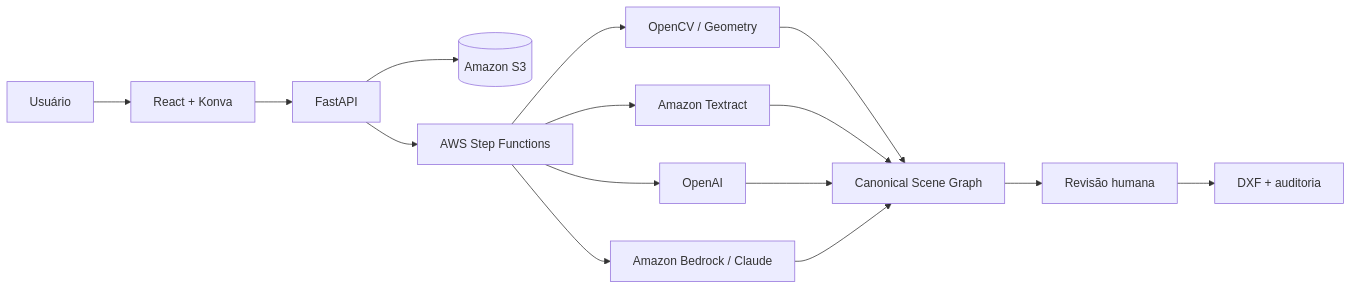
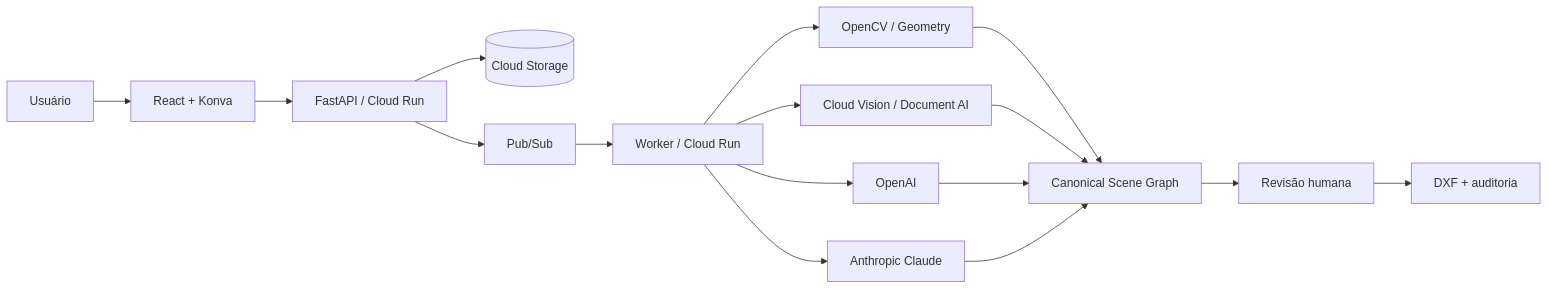
The diagram in README.md (biahflow/croquito), drawn with Mermaid before and after one commit. The commit also changed other lines of this file and 3 other files, not shown here.

````diff
--- a/README.md
+++ b/README.md
@@ -31,14 +32,15 @@
 ```mermaid
 flowchart LR
     U[Usuário] --> W[React + Konva]
-    W --> A[FastAPI]
-    A --> S3[(Amazon S3)]
-    A --> SF[AWS Step Functions]
-    SF --> CV[OpenCV / Geometry]
-    SF --> TX[Amazon Textract]
-    SF --> OA[OpenAI]
-    SF --> BR[Amazon Bedrock / Claude]
-    CV & TX & OA & BR --> SG[Canonical Scene Graph]
+    W --> A[FastAPI / Cloud Run]
+    A --> GCS[(Cloud Storage)]
+    A --> PS[Pub/Sub]
+    PS --> WK[Worker / Cloud Run]
+    WK --> CV[OpenCV / Geometry]
+    WK --> OCR[Cloud Vision / Document AI]
+    WK --> OA[OpenAI]
+    WK --> CL[Anthropic Claude]
+    CV & OCR & OA & CL --> SG[Canonical Scene Graph]
     SG --> R[Revisão humana]
     R --> DXF[DXF + auditoria]
 ```
````
